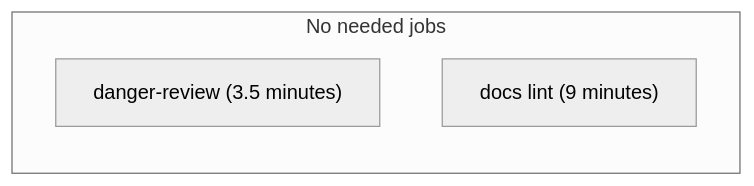
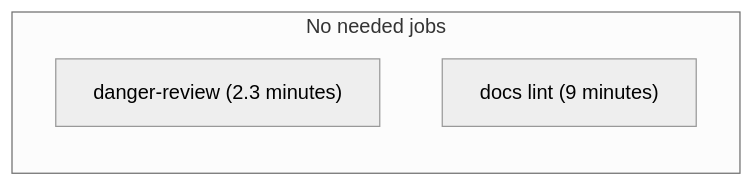
The first of 5 diagrams in doc/development/pipelines.md (nickbrandt/GitLab), drawn with Mermaid (neutral theme) before and after one commit. The commit also changed other lines of this file, not shown here.

````diff
--- a/doc/development/pipelines.md
+++ b/doc/development/pipelines.md
@@ -60,9 +60,9 @@
 ```mermaid
 graph LR
   subgraph "No needed jobs";
-    1-1["danger-review (3.5 minutes)"];
+    1-1["danger-review (2.3 minutes)"];
     click 1-1 "https://app.periscopedata.com/app/gitlab/652085/Engineering-Productivity---Pipeline-Build-Durations?widget=8100542&udv=0"
     1-50["docs lint (9 minutes)"];
     click 1-50 "https://app.periscopedata.com/app/gitlab/652085/Engineering-Productivity---Pipeline-Build-Durations?widget=8356757&udv=0"
   end
 ```
````
